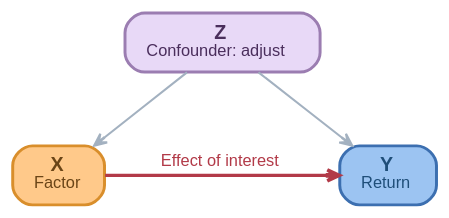
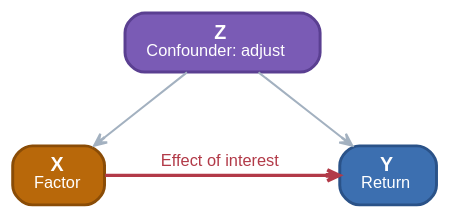
The tenth of 15 diagrams in papers/Causal_Analysis_for_Finance/notes.slides.md (GokuHashira/gpsaggese.github.io), drawn with Graphviz before and after one commit. The commit also changed other lines of this file and 6 other files, not shown here.

````diff
--- a/papers/Causal_Analysis_for_Finance/notes.slides.md
+++ b/papers/Causal_Analysis_for_Finance/notes.slides.md
@@ -1103,41 +1149,41 @@
 ```graphviz[width=80%]
 digraph Backdoor {
   // factor : orange | return : blue | confounder : purple
   bgcolor="transparent";
   pad="0.15";
   splines=spline;
   nodesep=0.70;
   ranksep=0.60;
   rankdir=TB;
 
   node [shape=box,
         style="rounded,filled",
         penwidth=1.8,
         fontname="Helvetica",
         fontsize=12,
         margin="0.18,0.10",
         height=0.45];
 
   edge [color="#A3B1C0",
         penwidth=1.3,
         arrowhead=vee,
         arrowsize=0.75,
         fontname="Helvetica",
         fontsize=10,
         fontcolor="#7B8794"];
 
   Z [label=<<b>Z</b><br/><font point-size="10">Confounder: adjust</font>>,
-     fillcolor="#E8D9F7", color="#9B7DB1", fontcolor="#4A2E5C"];
+     fillcolor="#7A5BB5", color="#5A3F91", fontcolor="#FFFFFF"];
   X [label=<<b>X</b><br/><font point-size="10">Factor</font>>,
-     fillcolor="#FFC98A", color="#D98E2B", fontcolor="#6B4517"];
+     fillcolor="#B8680A", color="#8A4C06", fontcolor="#FFFFFF"];
   Y [label=<<b>Y</b><br/><font point-size="10">Return</font>>,
-     fillcolor="#9CC4F2", color="#3C6FB0", fontcolor="#1F4E79"];
+     fillcolor="#3C6FB0", color="#2A5288", fontcolor="#FFFFFF"];
 
   { rank=same; X; Y; }
 
   Z -> X;
   Z -> Y;
   X -> Y [label="  Effect of interest  ", style=bold, penwidth=2.0,
           color="#B23A48", fontcolor="#B23A48"];
 }
 ```
````
